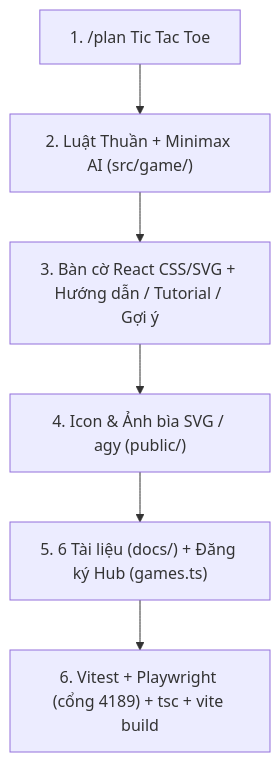
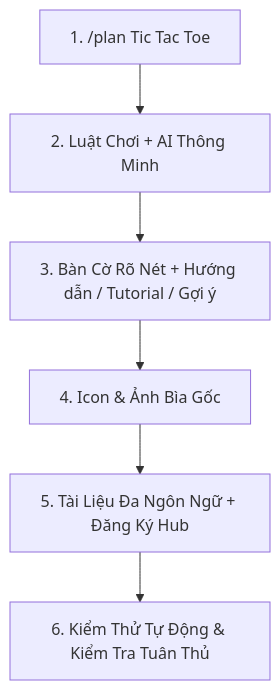
One commit to vuhung16au/gemini-games changed the diagram in courses/day-07-building-a-board-game/README.vi.md. Above: the diagram before and after it, drawn with Mermaid. The commit also changed other lines of this file and 30 other files, not shown here.

````diff
--- a/courses/day-07-building-a-board-game/README.vi.md
+++ b/courses/day-07-building-a-board-game/README.vi.md
@@ -12,8 +12,8 @@
 ```mermaid
 flowchart TD
-  Plan["1. /plan Tic Tac Toe"] --> Sim["2. Luật Thuần + Minimax AI (src/game/)"]
-  Sim --> UI["3. Bàn cờ React CSS/SVG + Hướng dẫn / Tutorial / Gợi ý"]
-  UI --> Art["4. Icon & Ảnh bìa SVG / agy (public/)"]
-  Art --> Docs["5. 6 Tài liệu (docs/) + Đăng ký Hub (games.ts)"]
-  Docs --> Verify["6. Vitest + Playwright (cổng 4189) + tsc + vite build"]
+  Plan["1. /plan Tic Tac Toe"] --> Sim["2. Luật Chơi + AI Thông Minh"]
+  Sim --> UI["3. Bàn Cờ Rõ Nét + Hướng dẫn / Tutorial / Gợi ý"]
+  UI --> Art["4. Icon & Ảnh Bìa Gốc"]
+  Art --> Docs["5. Tài Liệu Đa Ngôn Ngữ + Đăng Ký Hub"]
+  Docs --> Verify["6. Kiểm Thử Tự Động & Kiểm Tra Tuân Thủ"]
 ```
````
